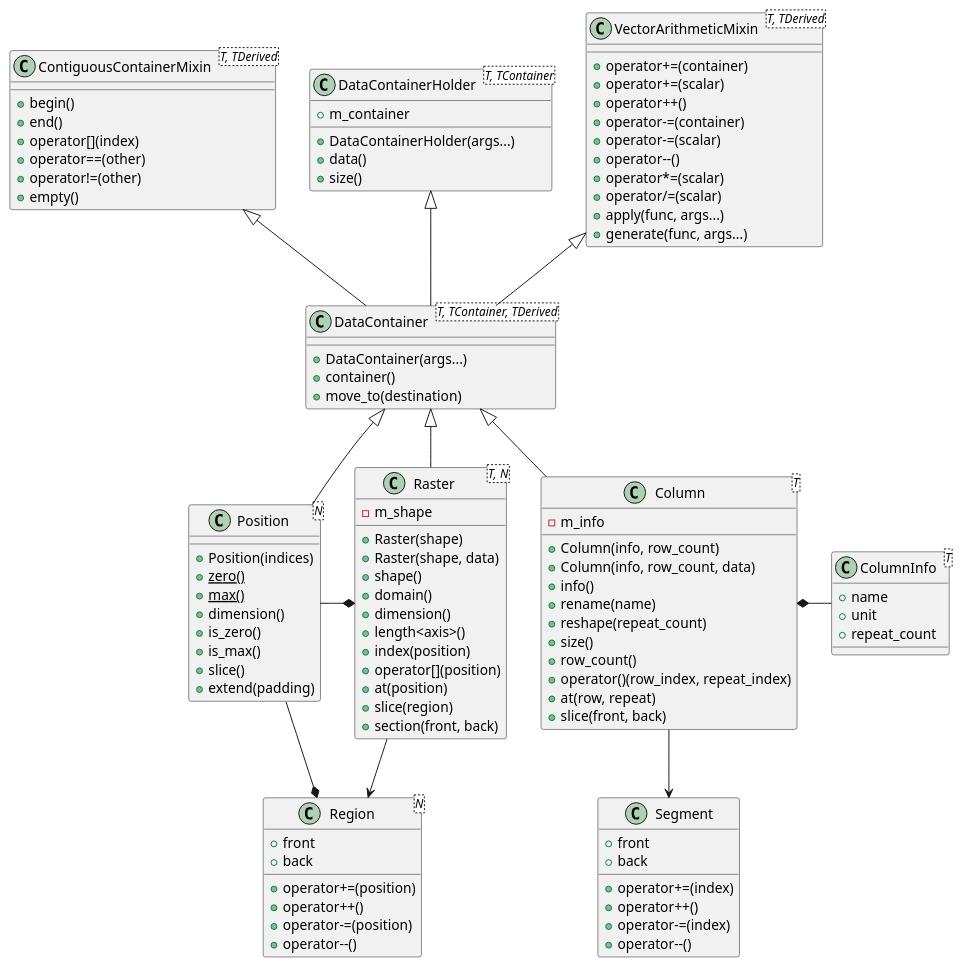
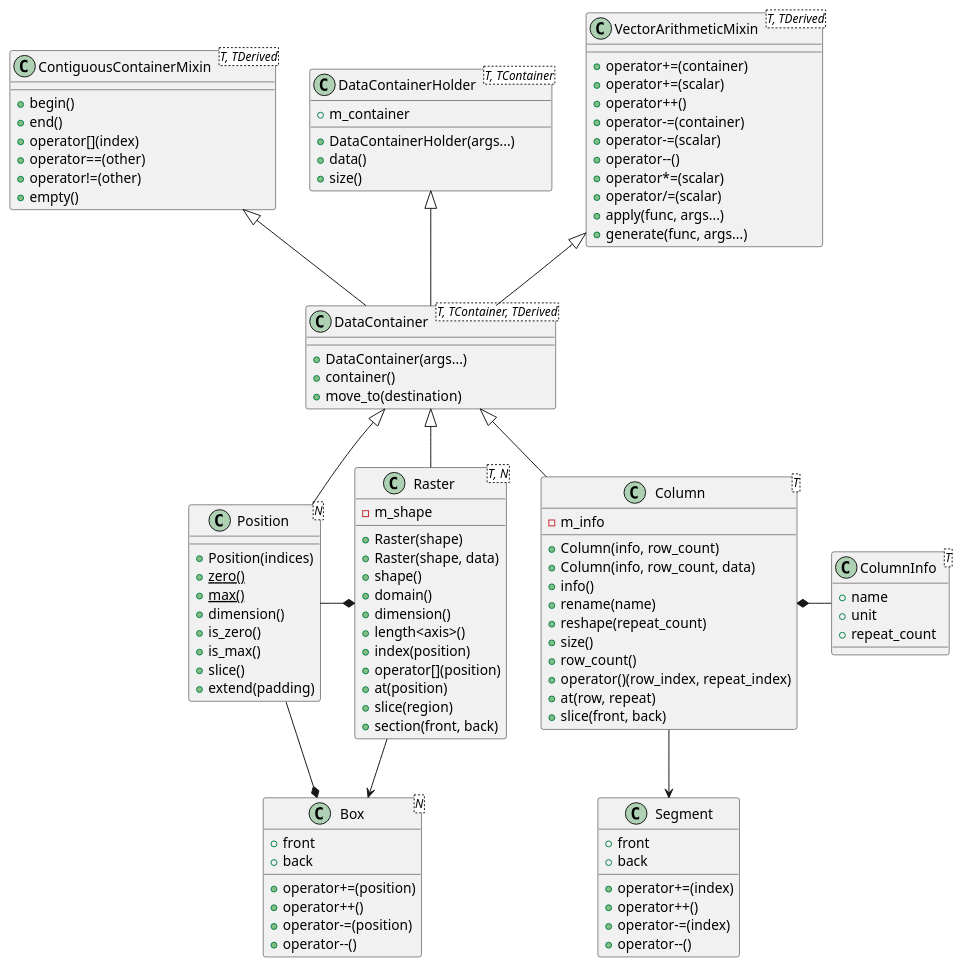
Before and after one commit to CNES/EleFits: the diagram in doc/diagrams/src/FitsData.puml, drawn with PlantUML. The commit also changed 10 other files, not shown here.

```diff
--- a/doc/diagrams/src/FitsData.puml
+++ b/doc/diagrams/src/FitsData.puml
@@ -1,103 +1,103 @@
 @startuml
 class ContiguousContainerMixin<T, TDerived> {
 + begin()
 + end()
 + operator[](index)
 + operator==(other)
 + operator!=(other)
 + empty()
 }
 class DataContainerHolder<T, TContainer> {
 + m_container
 + DataContainerHolder(args...)
 + data()
 + size()
 }
 class VectorArithmeticMixin<T, TDerived> {
 + operator+=(container)
 + operator+=(scalar)
 + operator++()
 + operator-=(container)
 + operator-=(scalar)
 + operator--()
 + operator*=(scalar)
 + operator/=(scalar)
 + apply(func, args...)
 + generate(func, args...)
 }
 class DataContainer<T, TContainer, TDerived> {
 + DataContainer(args...)
 + container()
 + move_to(destination)
 }
 class Position<N> {
 + Position(indices)
 + {static} zero()
 + {static} max()
 + dimension()
 + is_zero()
 + is_max()
 + slice()
 + extend(padding)
 }
-class Region<N> {
+class Box<N> {
 + front
 + back
 + operator+=(position)
 + operator++()
 + operator-=(position)
 + operator--()
 }
 class Raster<T, N> {
 - m_shape
 + Raster(shape)
 + Raster(shape, data)
 + shape()
 + domain()
 + dimension()
 + length<axis>()
 + index(position)
 + operator[](position)
 + at(position)
 + slice(region)
 + section(front, back)
 }
 class Column<T> {
 - m_info
 + Column(info, row_count)
 + Column(info, row_count, data)
 + info()
 + rename(name)
 + reshape(repeat_count)
 + size()
 + row_count()
 + operator()(row_index, repeat_index)
 + at(row, repeat)
 + slice(front, back)
 }
 class ColumnInfo<T> {
 + name
 + unit
 + repeat_count
 }
 class Segment {
 + front
 + back
 + operator+=(index)
 + operator++()
 + operator-=(index)
 + operator--()
 }
 
 ContiguousContainerMixin <|-- DataContainer
 DataContainerHolder <|-- DataContainer
 VectorArithmeticMixin <|-- DataContainer
 DataContainer <|-- Position
 DataContainer <|-- Raster
 DataContainer <|-- Column
-Position --* Region
+Position --* Box
 Position -* Raster
-Raster --> Region
+Raster --> Box
 Column *- ColumnInfo
 Column --> Segment
 @enduml
```
